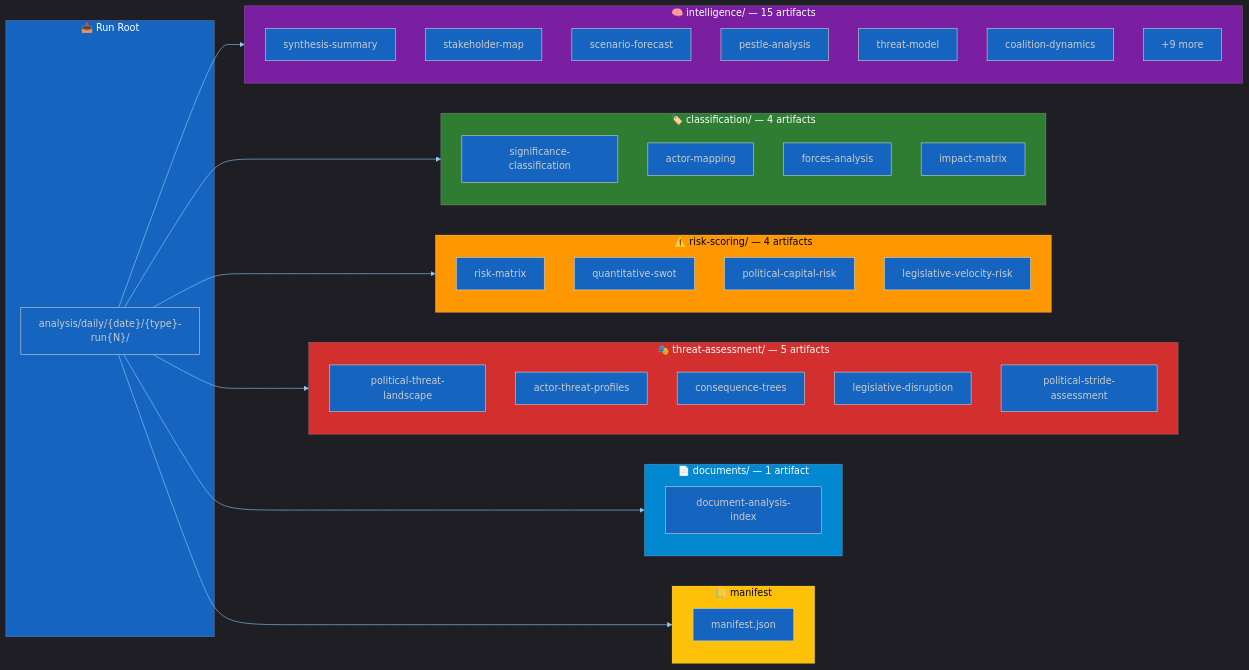
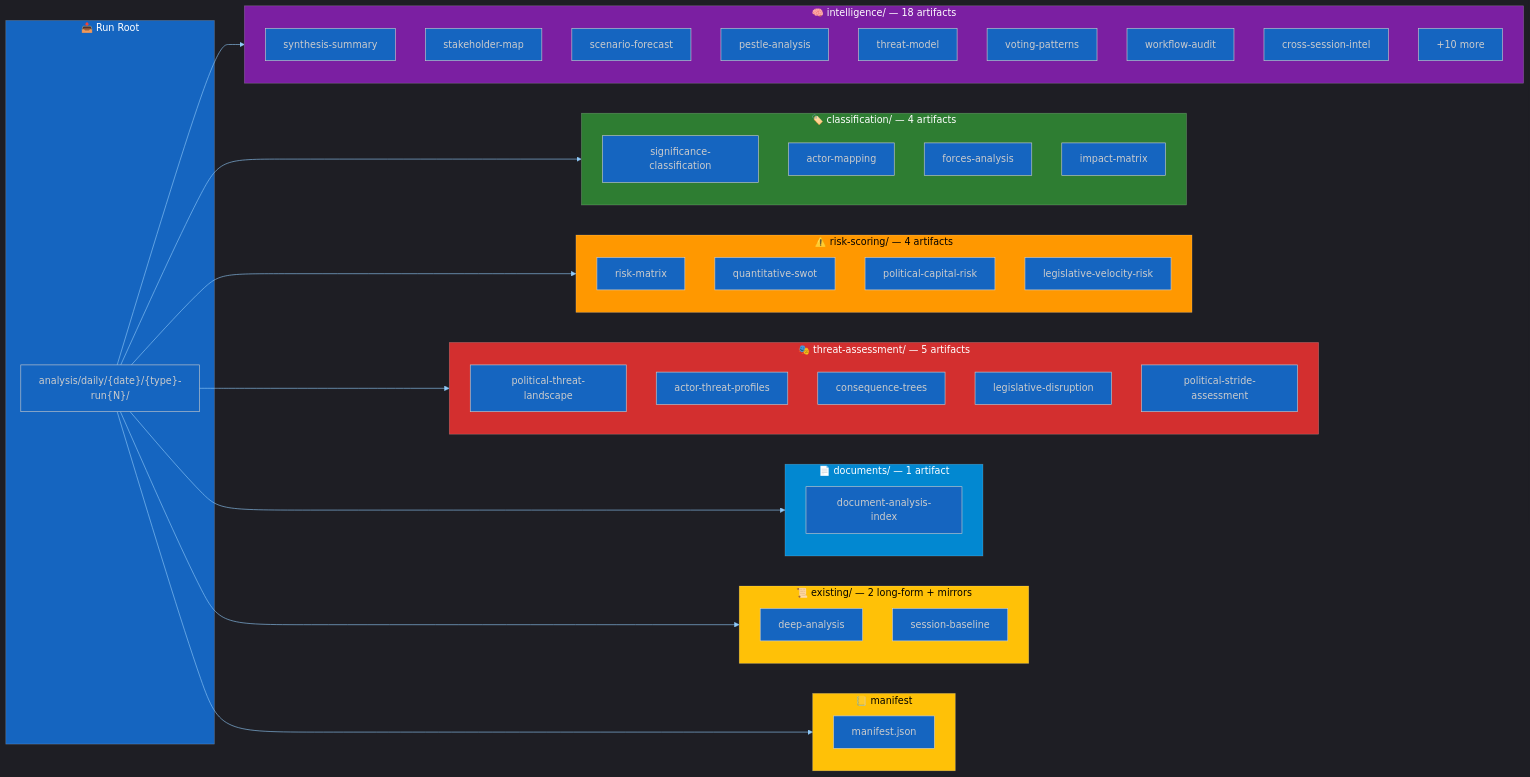
The diagram in analysis/methodologies/artifact-catalog.md (Hack23/euparliamentmonitor), drawn with Mermaid before and after one commit. The commit also changed other lines of this file and 10 other files, not shown here.

````diff
--- a/analysis/methodologies/artifact-catalog.md
+++ b/analysis/methodologies/artifact-catalog.md
@@ -44,56 +44,64 @@
 ```mermaid
 %%{init: {"theme":"dark","themeVariables":{"primaryColor":"#1565C0","primaryTextColor":"#ffffff","primaryBorderColor":"#0A3F7F","lineColor":"#90CAF9","secondaryColor":"#2E7D32","secondaryTextColor":"#ffffff","tertiaryColor":"#FF9800","tertiaryTextColor":"#000000","mainBkg":"#1565C0","secondBkg":"#2E7D32","tertiaryBkg":"#FF9800","noteBkgColor":"#FFC107","noteTextColor":"#000000","errorBkgColor":"#D32F2F","fontFamily":"Inter, Helvetica, Arial, sans-serif"}}}%%
 flowchart LR
     subgraph INPUT["📥 Run Root"]
         R["analysis/daily/{date}/{type}-run{N}/"]
     end
-    subgraph INTEL["🧠 intelligence/ — 15 artifacts"]
+    subgraph INTEL["🧠 intelligence/ — 18 artifacts"]
         I1["synthesis-summary"]
         I2["stakeholder-map"]
         I3["scenario-forecast"]
         I4["pestle-analysis"]
         I5["threat-model"]
-        I6["coalition-dynamics"]
-        I7["+9 more"]
+        I6["voting-patterns"]
+        I7["workflow-audit"]
+        I8["cross-session-intel"]
+        I9["+10 more"]
     end
     subgraph CLASS["🏷️ classification/ — 4 artifacts"]
         C1["significance-classification"]
         C2["actor-mapping"]
         C3["forces-analysis"]
         C4["impact-matrix"]
     end
     subgraph RISK["⚠️ risk-scoring/ — 4 artifacts"]
         K1["risk-matrix"]
         K2["quantitative-swot"]
         K3["political-capital-risk"]
         K4["legislative-velocity-risk"]
     end
     subgraph THREAT["🎭 threat-assessment/ — 5 artifacts"]
         T1["political-threat-landscape"]
         T2["actor-threat-profiles"]
         T3["consequence-trees"]
         T4["legislative-disruption"]
         T5["political-stride-assessment"]
     end
     subgraph DOCS["📄 documents/ — 1 artifact"]
         D1["document-analysis-index"]
     end
+    subgraph LEG["📜 existing/ — 2 long-form + mirrors"]
+        L1["deep-analysis"]
+        L2["session-baseline"]
+    end
     subgraph META["📒 manifest"]
         M1["manifest.json"]
     end
 
     R --> INTEL
     R --> CLASS
     R --> RISK
     R --> THREAT
     R --> DOCS
+    R --> LEG
     R --> META
 
     style INPUT fill:#1565C0,color:#ffffff
     style INTEL fill:#7B1FA2,color:#ffffff
     style CLASS fill:#2E7D32,color:#ffffff
     style RISK fill:#FF9800,color:#000000
     style THREAT fill:#D32F2F,color:#ffffff
+    style LEG fill:#FFC107,color:#000000
     style DOCS fill:#0288D1,color:#ffffff
     style META fill:#FFC107,color:#000000
 ```
````
